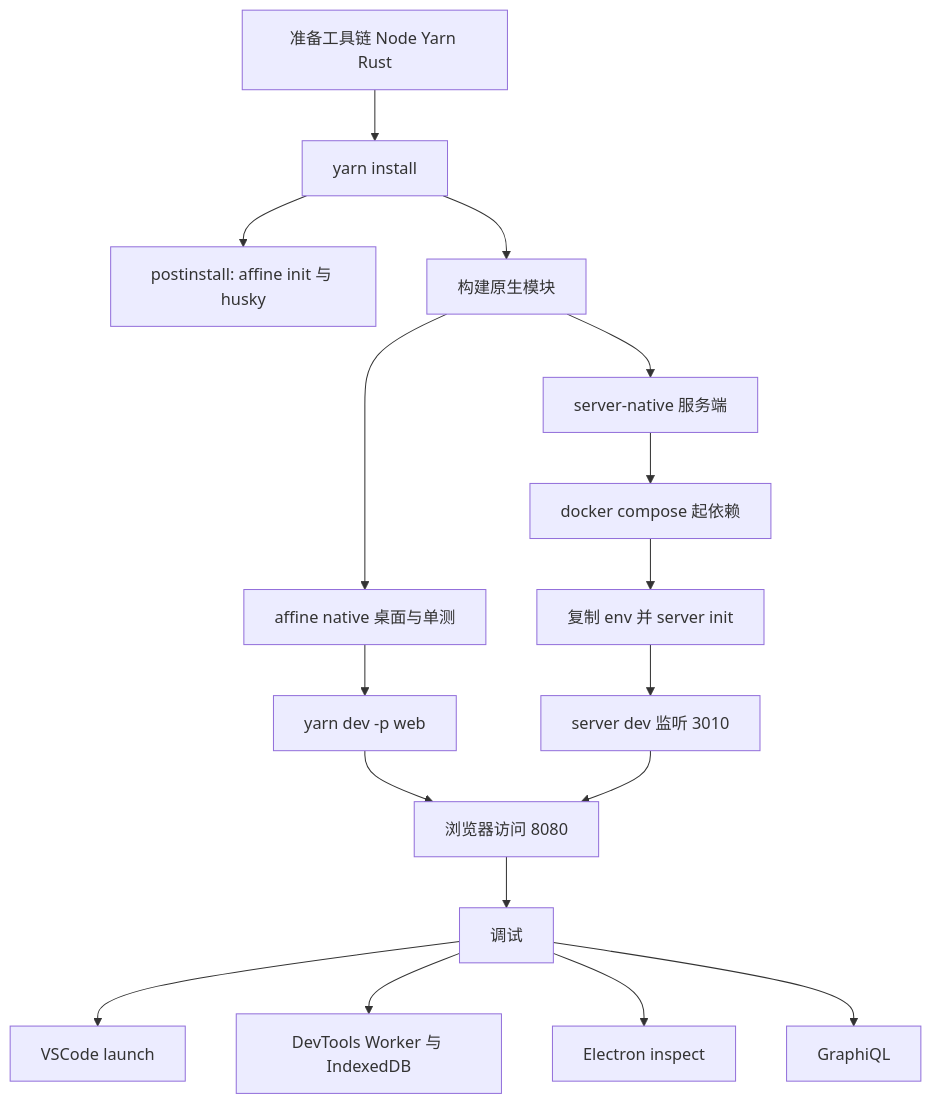
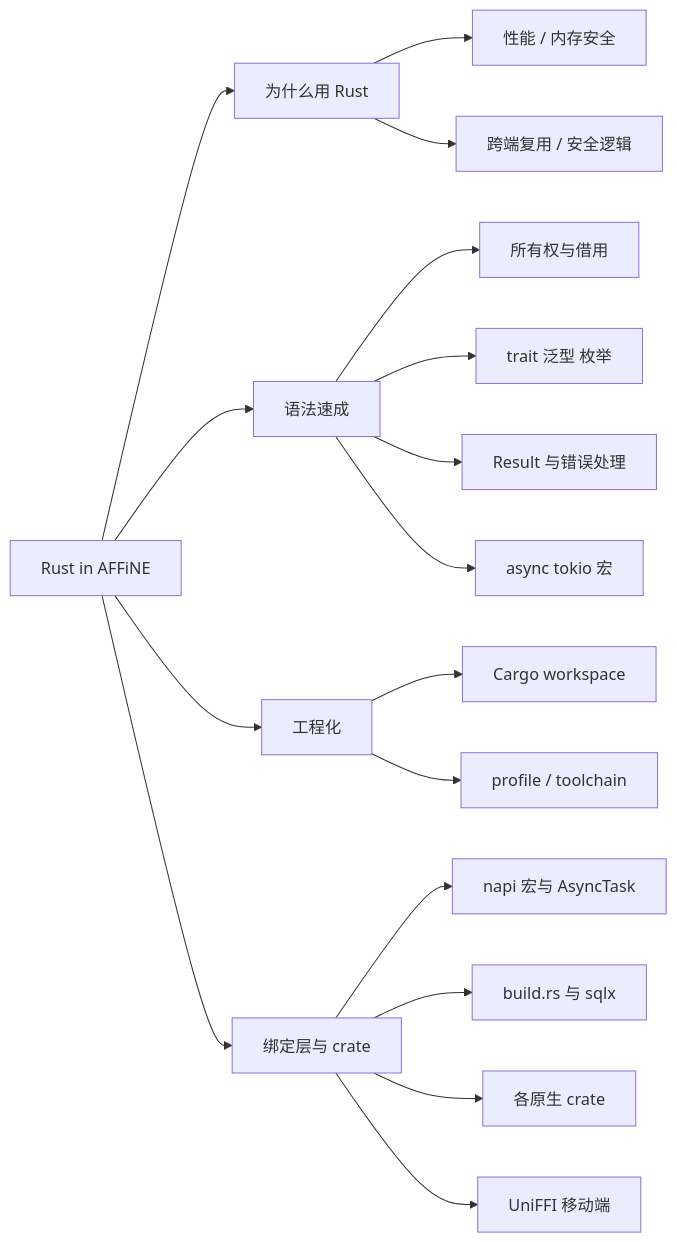
One commit to lfire/AFFiNE changed the first of 5 diagrams in learning-guide/slides/decks/11.md. Above: the diagram before and after it, drawn with Mermaid. The commit also changed other lines of this file and 73 other files, not shown here.

````diff
--- a/learning-guide/slides/decks/11.md
+++ b/learning-guide/slides/decks/11.md
@@ -33,19 +29,19 @@
 ```mermaid
-flowchart TB
-  A["准备工具链 Node Yarn Rust"] --> B["yarn install"]
-  B --> B1["postinstall: affine init 与 husky"]
-  B --> C["构建原生模块"]
-  C --> C1["affine native 桌面与单测"]
-  C --> C2["server-native 服务端"]
-  C1 --> D["yarn dev -p web"]
-  D --> D1["浏览器访问 8080"]
-  C2 --> E["docker compose 起依赖"]
-  E --> E1["复制 env 并 server init"]
-  E1 --> E2["server dev 监听 3010"]
-  E2 --> D1
-  D1 --> F["调试"]
-  F --> F1["VSCode launch"]
-  F --> F2["DevTools Worker 与 IndexedDB"]
-  F --> F3["Electron inspect"]
-  F --> F4["GraphiQL"]
+flowchart LR
+  ROOT["Rust in AFFiNE"] --> W["为什么用 Rust"]
+  ROOT --> G["语法速成"]
+  ROOT --> E["工程化"]
+  ROOT --> B["绑定层与 crate"]
+  W --> W1["性能 / 内存安全"]
+  W --> W2["跨端复用 / 安全逻辑"]
+  G --> G1["所有权与借用"]
+  G --> G2["trait 泛型 枚举"]
+  G --> G3["Result 与错误处理"]
+  G --> G4["async tokio 宏"]
+  E --> E1["Cargo workspace"]
+  E --> E2["profile / toolchain"]
+  B --> B1["napi 宏与 AsyncTask"]
+  B --> B2["build.rs 与 sqlx"]
+  B --> B3["各原生 crate"]
+  B --> B4["UniFFI 移动端"]
 ```
````
